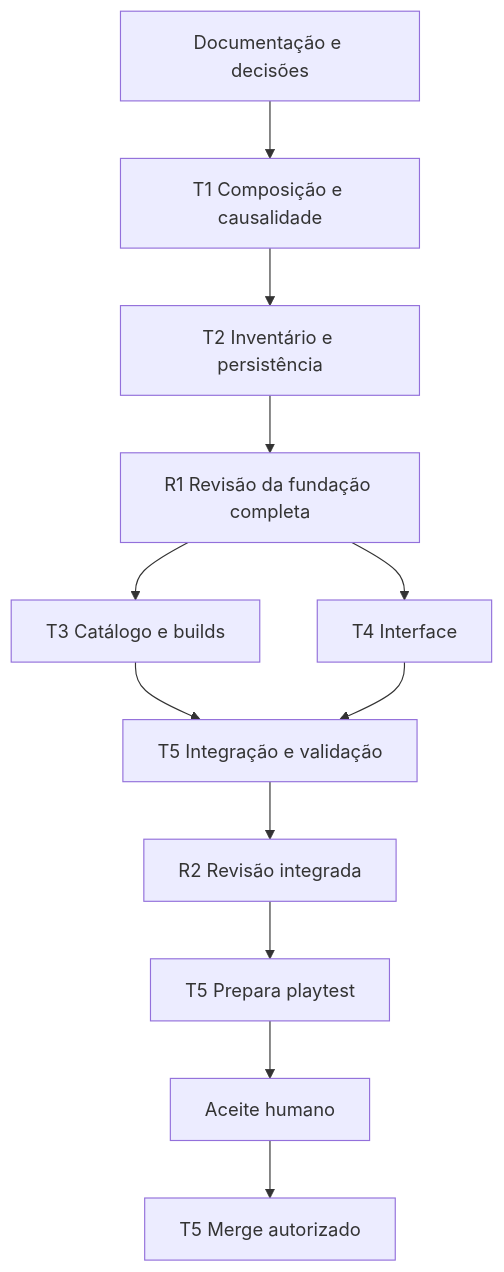
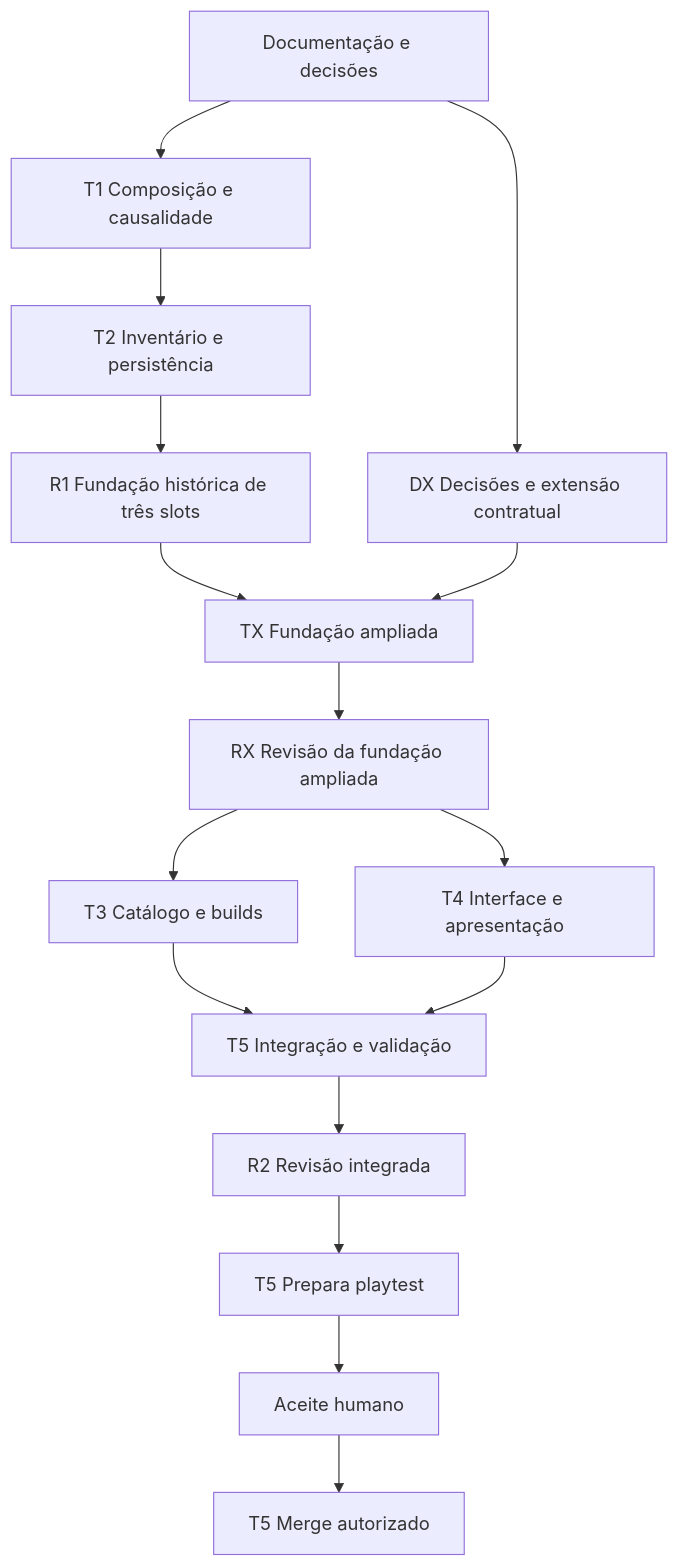
Before and after one commit to IanCurtis4/mage-gameplay-worktree: the diagram in docs/epics/e06_tasks.md, drawn with Mermaid. The commit also changed other lines of this file and 4 other files, not shown here.

````diff
--- a/docs/epics/e06_tasks.md
+++ b/docs/epics/e06_tasks.md
@@ -37,14 +71,18 @@
 ```mermaid
 flowchart TD
   D0[Documentação e decisões] --> T1[T1 Composição e causalidade]
   T1 --> T2[T2 Inventário e persistência]
-  T2 --> R1[R1 Revisão da fundação completa]
-  R1 --> T3[T3 Catálogo e builds]
-  R1 --> T4[T4 Interface]
+  T2 --> R1[R1 Fundação histórica de três slots]
+  D0 --> DX[DX Decisões e extensão contratual]
+  R1 --> TX[TX Fundação ampliada]
+  DX --> TX
+  TX --> RX[RX Revisão da fundação ampliada]
+  RX --> T3[T3 Catálogo e builds]
+  RX --> T4[T4 Interface e apresentação]
   T3 --> T5[T5 Integração e validação]
   T4 --> T5
   T5 --> R2[R2 Revisão integrada]
   R2 --> P[T5 Prepara playtest]
   P --> H[Aceite humano]
   H --> M[T5 Merge autorizado]
 ```
````
